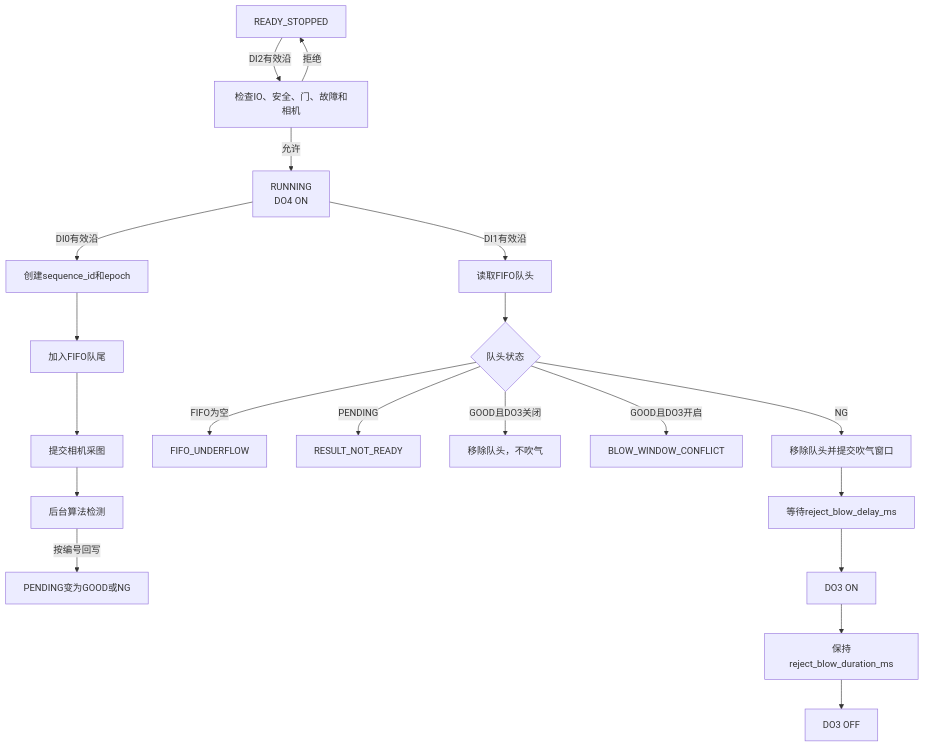
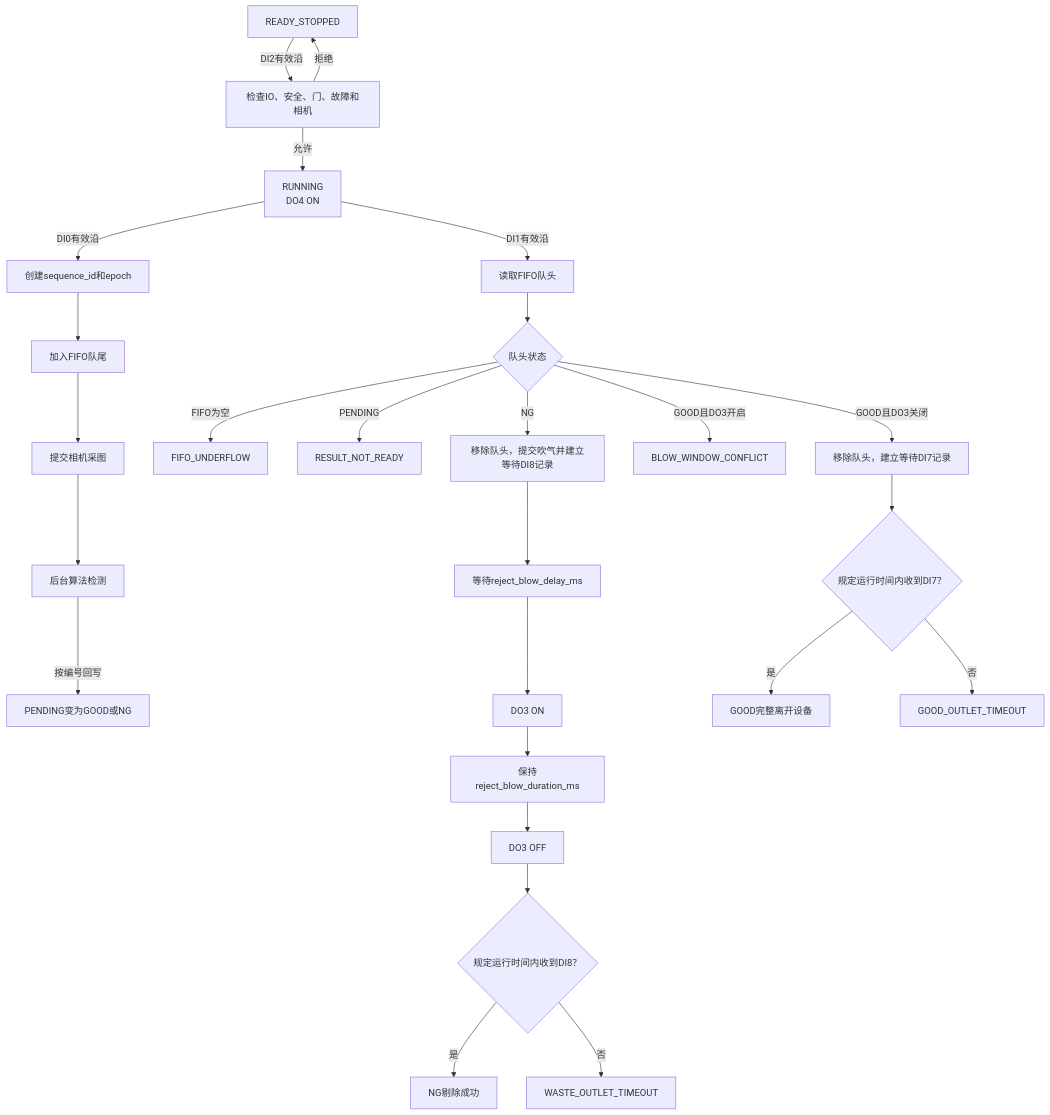
One commit to wulili200709/EmbeddingTest changed the third of 12 diagrams in 皮带线IO控制架构与代码流程说明.md. Above: the diagram before and after it, drawn with Mermaid. The commit also changed other lines of this file and 8 other files, not shown here.

````diff
--- a/皮带线IO控制架构与代码流程说明.md
+++ b/皮带线IO控制架构与代码流程说明.md
@@ -203,24 +207,30 @@
 ```mermaid
 flowchart TD
     A["READY_STOPPED"] -->|"DI2有效沿"| B["检查IO、安全、门、故障和相机"]
     B -->|"允许"| C["RUNNING<br/>DO4 ON"]
     B -->|"拒绝"| A
 
     C -->|"DI0有效沿"| D["创建sequence_id和epoch"]
     D --> E["加入FIFO队尾"]
     E --> F["提交相机采图"]
     F --> G["后台算法检测"]
     G -->|"按编号回写"| H["PENDING变为GOOD或NG"]
 
     C -->|"DI1有效沿"| I["读取FIFO队头"]
     I --> J{"队头状态"}
     J -->|"FIFO为空"| K["FIFO_UNDERFLOW"]
     J -->|"PENDING"| L["RESULT_NOT_READY"]
-    J -->|"GOOD且DO3关闭"| M["移除队头，不吹气"]
+    J -->|"GOOD且DO3关闭"| M["移除队头，建立等待DI7记录"]
     J -->|"GOOD且DO3开启"| N["BLOW_WINDOW_CONFLICT"]
-    J -->|"NG"| O["移除队头并提交吹气窗口"]
+    J -->|"NG"| O["移除队头，提交吹气并建立等待DI8记录"]
     O --> P["等待reject_blow_delay_ms"]
     P --> Q["DO3 ON"]
     Q --> R["保持reject_blow_duration_ms"]
     R --> S["DO3 OFF"]
+    M --> T{"规定运行时间内收到DI7？"}
+    S --> U{"规定运行时间内收到DI8？"}
+    T -->|"是"| V["GOOD完整离开设备"]
+    U -->|"是"| W["NG剔除成功"]
+    T -->|"否"| X["GOOD_OUTLET_TIMEOUT"]
+    U -->|"否"| Y["WASTE_OUTLET_TIMEOUT"]
 ```
````
